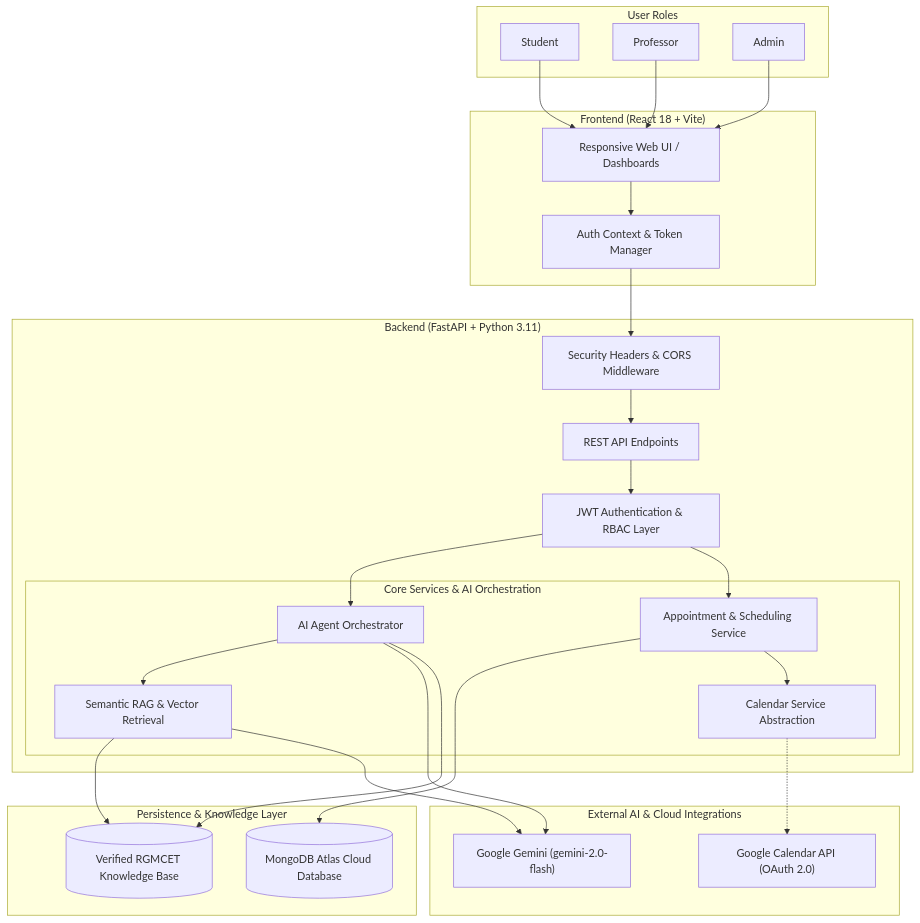
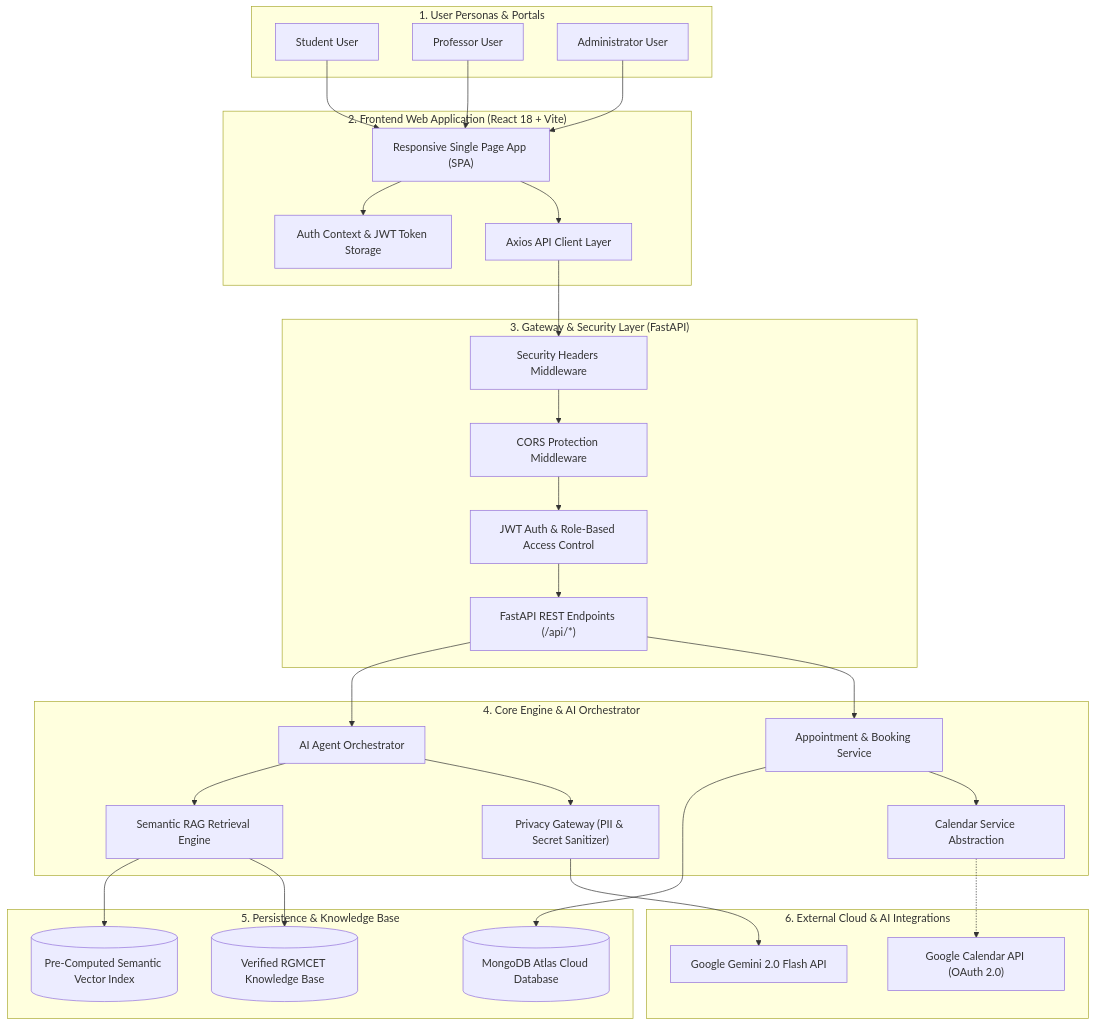
One commit to challa-obulesh/RGMCET-AI-ASISTANCE- changed the first of 3 diagrams in README.md. Above: the diagram before and after it, drawn with Mermaid. The commit also changed other lines of this file, not shown here.

Commit message:
docs(architecture): fix mermaid rendering with flat subgraphs and add full ascii schematic

````diff
--- a/README.md
+++ b/README.md
@@ -109,57 +111,65 @@
 ```mermaid
 flowchart TD
-    subgraph Users ["User Roles"]
-        S["Student"]
-        P["Professor"]
-        A["Admin"]
+    subgraph Users ["1. User Personas & Portals"]
+        StudentRole["Student User"]
+        ProfRole["Professor User"]
+        AdminRole["Administrator User"]
     end
 
-    subgraph Client ["Frontend (React 18 + Vite)"]
-        UI["Responsive Web UI / Dashboards"]
-        AuthContext["Auth Context & Token Manager"]
+    subgraph ClientTier ["2. Frontend Web Application (React 18 + Vite)"]
+        WebUI["Responsive Single Page App (SPA)"]
+        AuthContext["Auth Context & JWT Token Storage"]
+        APIService["Axios API Client Layer"]
     end
 
-    subgraph Server ["Backend (FastAPI + Python 3.11)"]
-        API["REST API Endpoints"]
-        SecMid["Security Headers & CORS Middleware"]
-        AuthMid["JWT Authentication & RBAC Layer"]
-        
-        subgraph CoreEngine ["Core Services & AI Orchestration"]
-            Agent["AI Agent Orchestrator"]
-            RAG["Semantic RAG & Vector Retrieval"]
-            ApptSvc["Appointment & Scheduling Service"]
-            CalSvc["Calendar Service Abstraction"]
-        end
+    subgraph SecurityTier ["3. Gateway & Security Layer (FastAPI)"]
+        SecHeaders["Security Headers Middleware"]
+        CORSMid["CORS Protection Middleware"]
+        AuthMid["JWT Auth & Role-Based Access Control"]
+        FastAPIRoutes["FastAPI REST Endpoints (/api/*)"]
     end
 
-    subgraph Storage ["Persistence & Knowledge Layer"]
-        Mongo[("MongoDB Atlas Cloud Database")]
-        KnowledgeStore[("Verified RGMCET Knowledge Base")]
+    subgraph OrchestrationTier ["4. Core Engine & AI Orchestrator"]
+        AgentEngine["AI Agent Orchestrator"]
+        RAGModule["Semantic RAG Retrieval Engine"]
+        PrivacyGateway["Privacy Gateway (PII & Secret Sanitizer)"]
+        AppointmentService["Appointment & Booking Service"]
+        CalendarService["Calendar Service Abstraction"]
     end
 
-    subgraph External ["External AI & Cloud Integrations"]
-        LLM["Google Gemini (gemini-2.0-flash)"]
-        GCal["Google Calendar API (OAuth 2.0)"]
+    subgraph DataTier ["5. Persistence & Knowledge Base"]
+        MongoAtlas[("MongoDB Atlas Cloud Database")]
+        VectorStore[("Pre-Computed Semantic Vector Index")]
+        OfficialKnowledge[("Verified RGMCET Knowledge Base")]
     end
 
-    S --> UI
-    P --> UI
-    A --> UI
-    UI --> AuthContext
-    AuthContext --> SecMid
-    SecMid --> API
-    API --> AuthMid
-    AuthMid --> Agent
-    AuthMid --> ApptSvc
+    subgraph ExternalTier ["6. External Cloud & AI Integrations"]
+        GeminiLLM["Google Gemini 2.0 Flash API"]
+        GoogleCalAPI["Google Calendar API (OAuth 2.0)"]
+    end
 
-    Agent --> RAG
-    Agent --> LLM
-    Agent --> KnowledgeStore
-    
-    ApptSvc --> Mongo
-    ApptSvc --> CalSvc
-    CalSvc -.-> GCal
-    
-    RAG --> KnowledgeStore
-    RAG --> LLM
+    StudentRole --> WebUI
+    ProfRole --> WebUI
+    AdminRole --> WebUI
+
+    WebUI --> AuthContext
+    WebUI --> APIService
+    APIService --> SecHeaders
+    SecHeaders --> CORSMid
+    CORSMid --> AuthMid
+    AuthMid --> FastAPIRoutes
+
+    FastAPIRoutes --> AgentEngine
+    FastAPIRoutes --> AppointmentService
+
+    AgentEngine --> RAGModule
+    AgentEngine --> PrivacyGateway
+    PrivacyGateway --> GeminiLLM
+
+    RAGModule --> VectorStore
+    RAGModule --> OfficialKnowledge
+
+    AppointmentService --> MongoAtlas
+    AppointmentService --> CalendarService
+    CalendarService -.-> GoogleCalAPI
 ```
````
